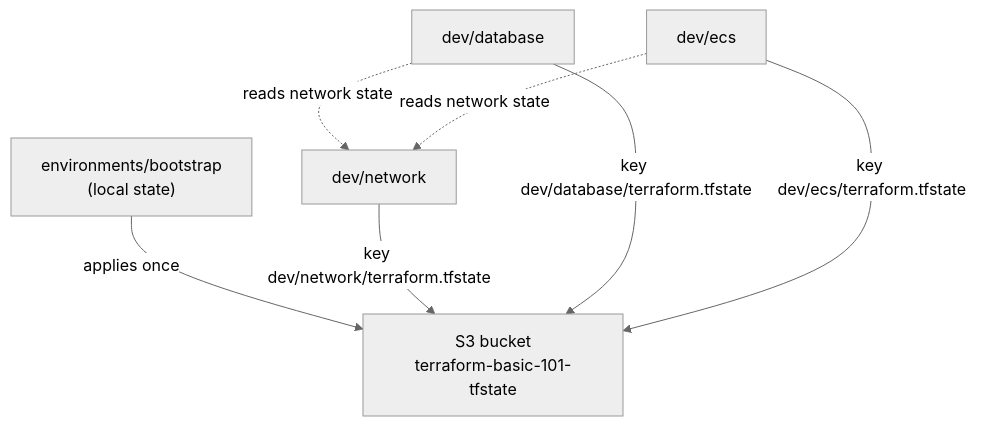
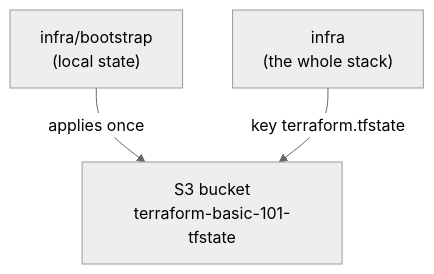
One commit to offloadmemory/terraform-basic-101 changed the first of 2 diagrams in docs/ARCHITECTURE.md. Above: the diagram before and after it, drawn with Mermaid (neutral theme). The commit also changed other lines of this file and 51 other files, not shown here.

````diff
--- a/docs/ARCHITECTURE.md
+++ b/docs/ARCHITECTURE.md
@@ -98,11 +114,6 @@
 ```mermaid
 flowchart TD
-    B["environments/bootstrap<br/>(local state)"] -->|"applies once"| S3["S3 bucket<br/>terraform-basic-101-tfstate"]
+    B["infra/bootstrap<br/>(local state)"] -->|"applies once"| S3["S3 bucket<br/>terraform-basic-101-tfstate"]
 
-    N["dev/network"] -->|"key dev/network/terraform.tfstate"| S3
-    D["dev/database"] -->|"key dev/database/terraform.tfstate"| S3
-    E["dev/ecs"] -->|"key dev/ecs/terraform.tfstate"| S3
-
-    D -. "reads network state" .-> N
-    E -. "reads network state" .-> N
+    I["infra<br/>(the whole stack)"] -->|"key terraform.tfstate"| S3
 ```
````
